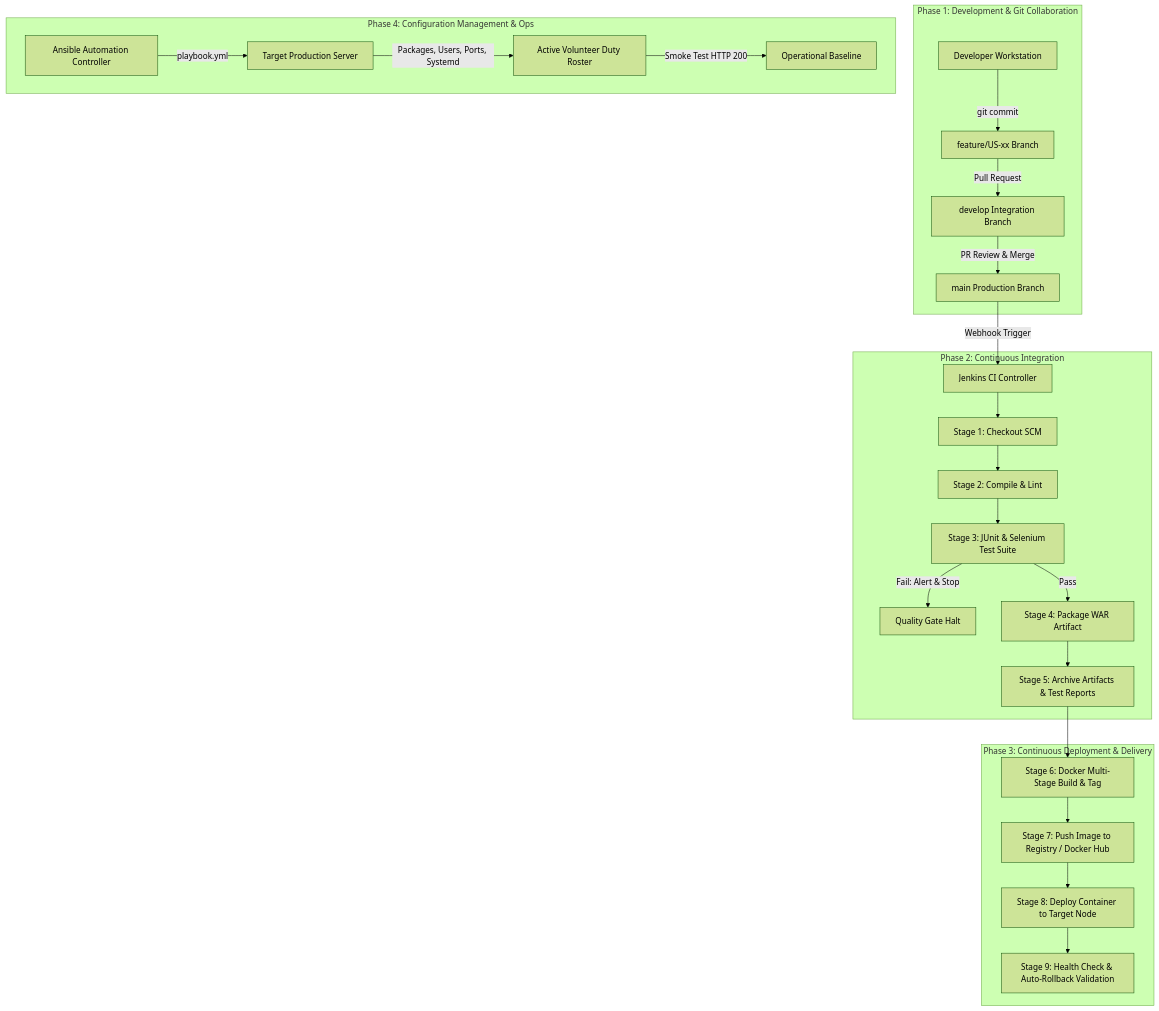
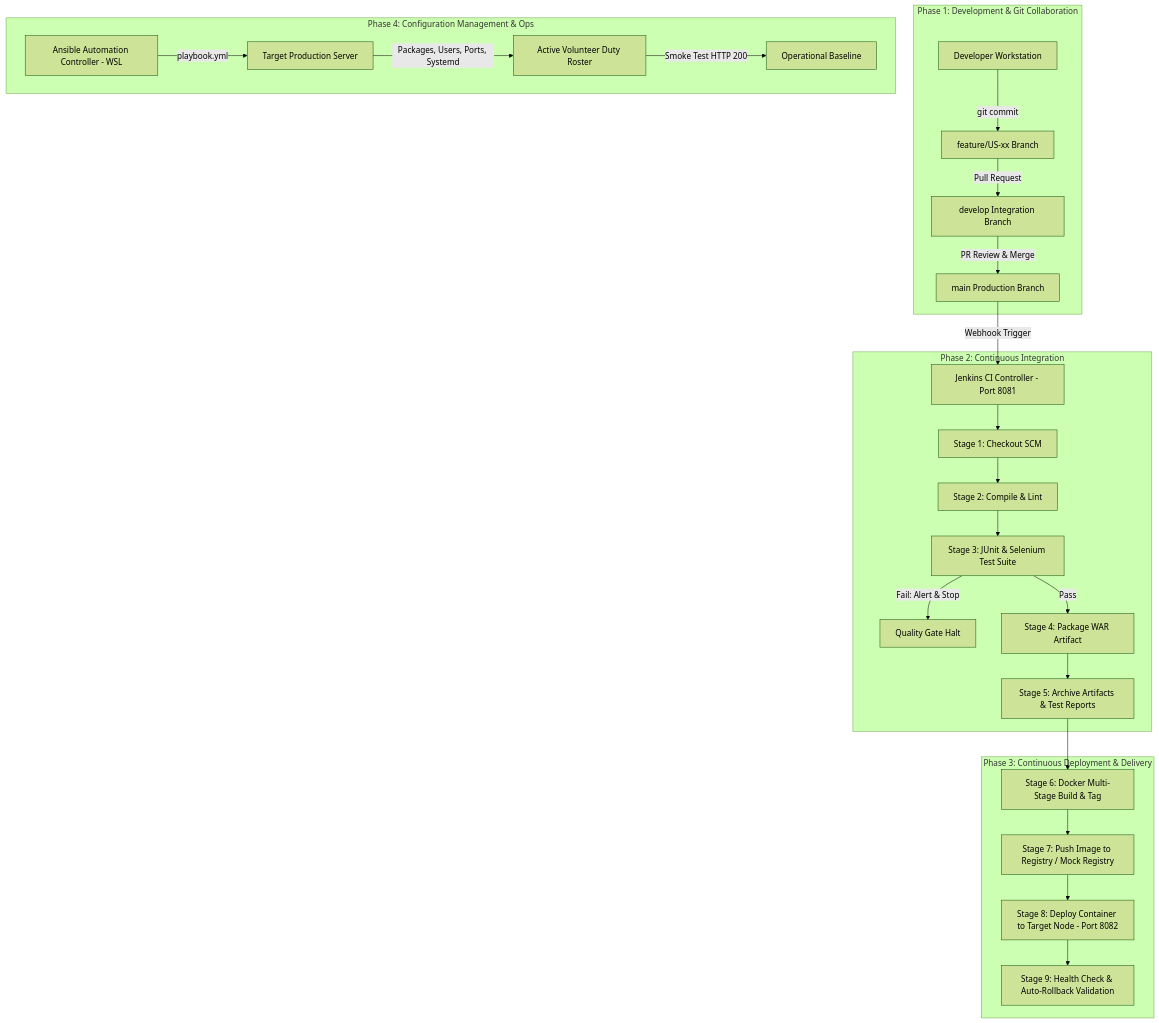
One commit to meetjain6091/volunteer-duty-roster changed the first of 2 diagrams in docs/DELIVERABLES_1_TO_14_REPORT.md. Above: the diagram before and after it, drawn with Mermaid (forest theme). The commit also changed other lines of this file and 7 other files, not shown here.

````diff
--- a/docs/DELIVERABLES_1_TO_14_REPORT.md
+++ b/docs/DELIVERABLES_1_TO_14_REPORT.md
@@ -113,31 +136,31 @@
 ```mermaid
 flowchart TD
     subgraph Development [Phase 1: Development & Git Collaboration]
         Dev[Developer Workstation] -->|git commit| FeatureBranch[feature/US-xx Branch]
         FeatureBranch -->|Pull Request| DevelopBranch[develop Integration Branch]
         DevelopBranch -->|PR Review & Merge| MainBranch[main Production Branch]
     end
 
     subgraph CI [Phase 2: Continuous Integration]
-        MainBranch -->|Webhook Trigger| Jenkins[Jenkins CI Controller]
+        MainBranch -->|Webhook Trigger| Jenkins[Jenkins CI Controller - Port 8081]
         Jenkins --> Step1[Stage 1: Checkout SCM]
         Step1 --> Step2[Stage 2: Compile & Lint]
         Step2 --> Step3[Stage 3: JUnit & Selenium Test Suite]
         Step3 -->|Fail: Alert & Stop| TestFail[Quality Gate Halt]
         Step3 -->|Pass| Step4[Stage 4: Package WAR Artifact]
         Step4 --> Step5[Stage 5: Archive Artifacts & Test Reports]
     end
 
     subgraph CD [Phase 3: Continuous Deployment & Delivery]
         Step5 --> Step6[Stage 6: Docker Multi-Stage Build & Tag]
-        Step6 --> Step7[Stage 7: Push Image to Registry / Docker Hub]
-        Step7 --> Step8[Stage 8: Deploy Container to Target Node]
+        Step6 --> Step7[Stage 7: Push Image to Registry / Mock Registry]
+        Step7 --> Step8[Stage 8: Deploy Container to Target Node - Port 8082]
         Step8 --> Step9[Stage 9: Health Check & Auto-Rollback Validation]
     end
 
     subgraph CM [Phase 4: Configuration Management & Ops]
-        Ansible[Ansible Automation Controller] -->|playbook.yml| TargetNode[Target Production Server]
+        Ansible[Ansible Automation Controller - WSL] -->|playbook.yml| TargetNode[Target Production Server]
         TargetNode -->|Packages, Users, Ports, Systemd| LiveApp[Active Volunteer Duty Roster]
         LiveApp -->|Smoke Test HTTP 200| Success[Operational Baseline]
     end
 ```
````
